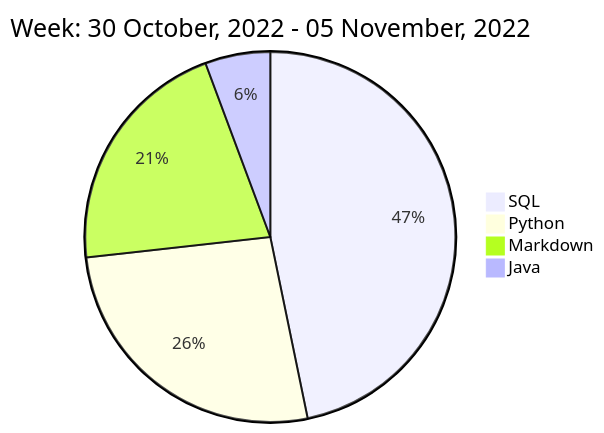
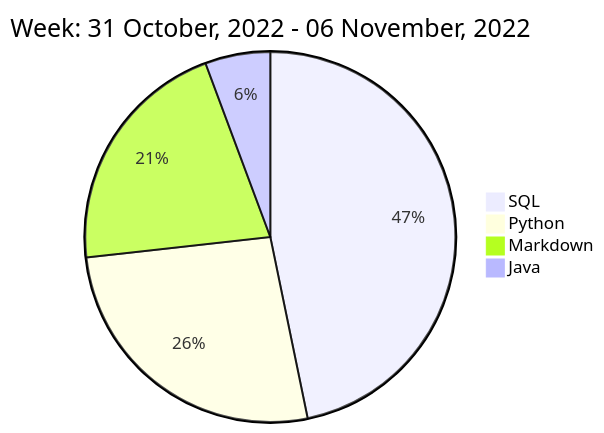
Before and after one commit to liubin95/liubin95: the diagram in README.md, drawn with Mermaid.

Commit message:
Updated the Graph with new Metrics

````diff
--- a/README.md
+++ b/README.md
@@ -40,8 +40,8 @@
 ```mermaid
  pie
-title Week: 30 October, 2022 - 05 November, 2022
+title Week: 31 October, 2022 - 06 November, 2022
  "SQL" : 4.77
  "Python" : 2.7
  "Markdown" : 2.15
  "Java" : 0.58
 ```
````
